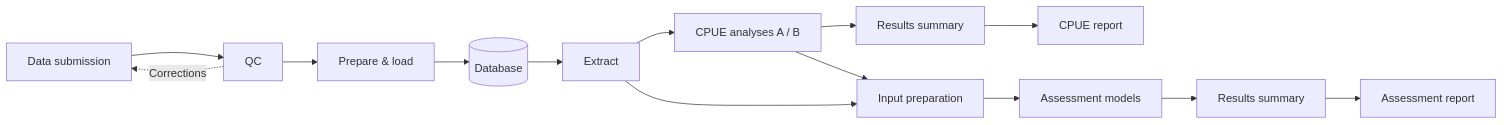
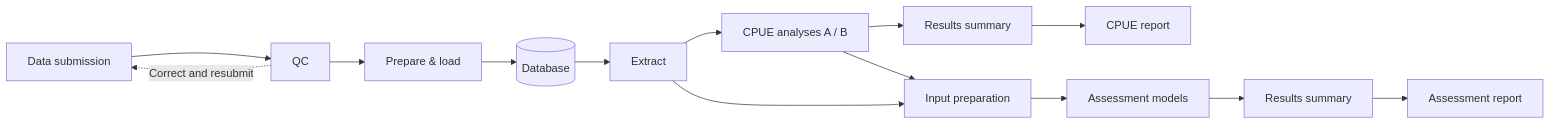
The diagram in README.md (kyuhank/cpue-actions-demo), drawn with Mermaid before and after one commit. The commit also changed other lines of this file and 6 other files, not shown here.

````diff
--- a/README.md
+++ b/README.md
@@ -7,10 +9,10 @@
 ```mermaid
 flowchart LR
     U[Data submission] --> Q[QC] --> L[Prepare & load] --> D[(Database)] --> E[Extract]
-    Q -. Corrections .-> U
+    Q -. Correct and resubmit .-> U
     E --> C[CPUE analyses A / B]
     C --> CS[Results summary] --> CR[CPUE report]
     E --> I[Input preparation]
     C --> I --> A[Assessment models]
     A --> S[Results summary] --> R[Assessment report]
 ```
````
